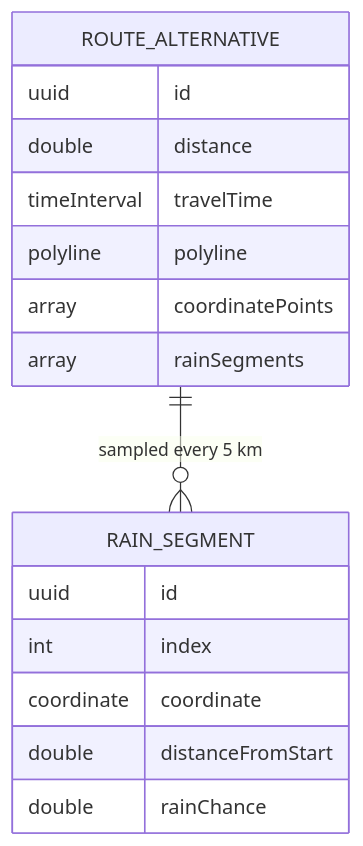
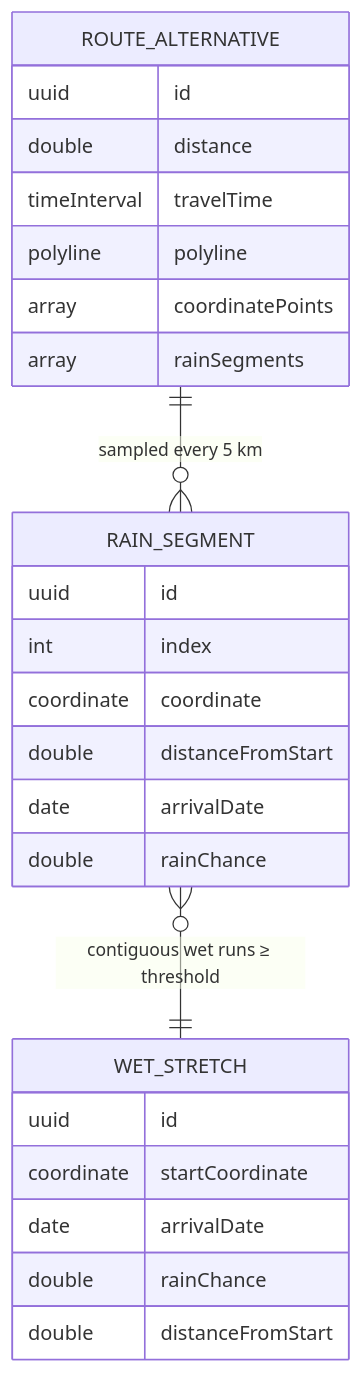
One commit to jon012906/RainDodger changed the diagram in docs/specs/weather-forecast.md. Above: the diagram before and after it, drawn with Mermaid. The commit also changed other lines of this file and 4 other files, not shown here.

````diff
--- a/docs/specs/weather-forecast.md
+++ b/docs/specs/weather-forecast.md
@@ -35,19 +38,28 @@
 ```mermaid
 erDiagram
   ROUTE_ALTERNATIVE ||--o{ RAIN_SEGMENT : "sampled every 5 km"
+  RAIN_SEGMENT }o--|| WET_STRETCH : "contiguous wet runs ≥ threshold"
   ROUTE_ALTERNATIVE {
     uuid id
     double distance
     timeInterval travelTime
     polyline polyline
     array coordinatePoints
     array rainSegments
   }
   RAIN_SEGMENT {
     uuid id
     int index
     coordinate coordinate
     double distanceFromStart
+    date arrivalDate
     double rainChance
   }
+  WET_STRETCH {
+    uuid id
+    coordinate startCoordinate
+    date arrivalDate
+    double rainChance
+    double distanceFromStart
+  }
 ```
````
